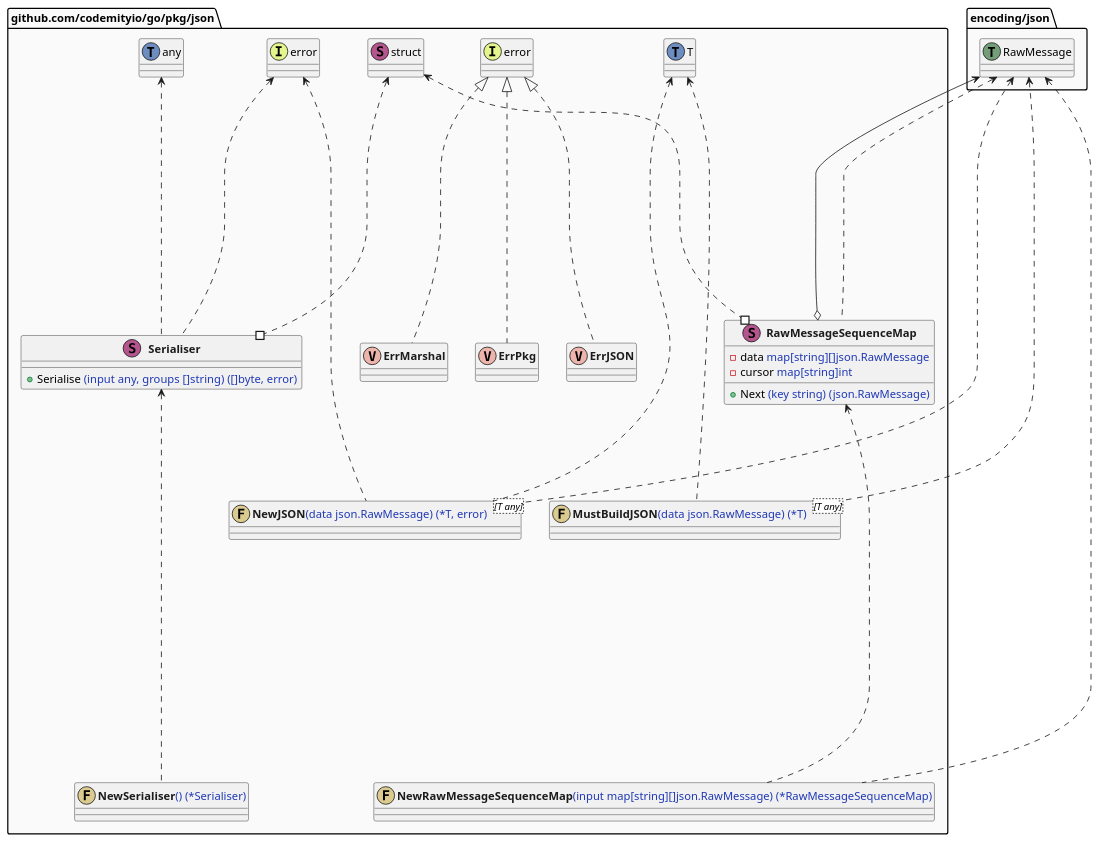
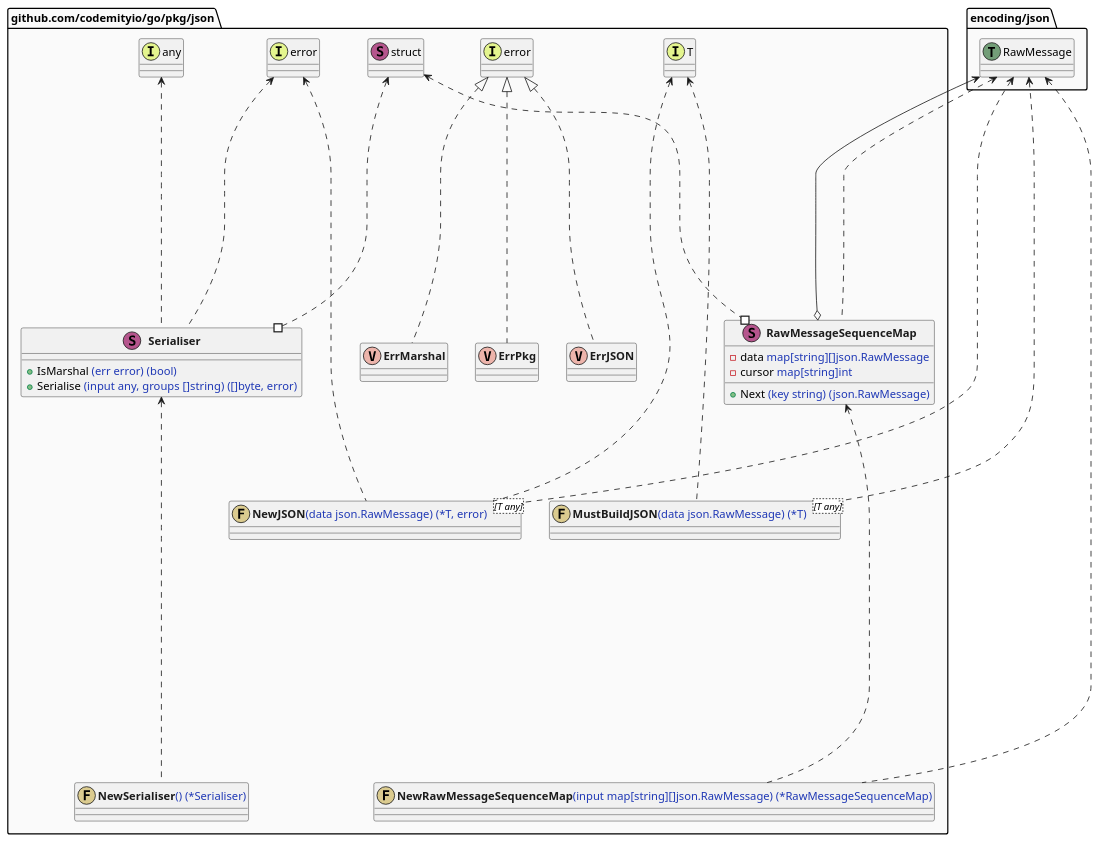
One commit to codemityio/go changed the diagram in pkg/json/graph.puml. Above: the diagram before and after it, drawn with PlantUML. The commit also changed 64 other files, not shown here.

```diff
--- a/pkg/json/graph.puml
+++ b/pkg/json/graph.puml
@@ -1,71 +1,73 @@
 @startuml
 top to bottom direction
 skinparam package {
     BackgroundColor #fafafa
 }
 skinparam defaulttextalignment center
 skinparam noteTextAlignment left
 package "github.com/codemityio/go/pkg/json" as github_com_codemityio_go_pkg_json {
     class "<b><font color=#1c1c1c>RawMessageSequenceMap</font></b>" as github_com_codemityio_go_pkg_json_RawMessageSequenceMap << (S, #b5558d) >> {
         - data <font color=#1f38b5>map[string][]json.RawMessage</font>
         - cursor <font color=#1f38b5>map[string]int</font>
         + Next <font color=#1f38b5>(key string) (json.RawMessage)</font>
     }
     class "<b><font color=#1c1c1c>Serialiser</font></b>" as github_com_codemityio_go_pkg_json_Serialiser << (S, #b5558d) >> {
+        + IsMarshal <font color=#1f38b5>(err error) (bool)</font>
         + Serialise <font color=#1f38b5>(input any, groups []string) ([]byte, error)</font>
     }
     class "<b><font color=#1c1c1c>ErrPkg</font></b>" as github_com_codemityio_go_pkg_json_ErrPkg << (V, #edb4ab) >> {}
     class "<b><font color=#1c1c1c>ErrJSON</font></b>" as github_com_codemityio_go_pkg_json_ErrJSON << (V, #edb4ab) >> {}
     class "<b><font color=#1c1c1c>ErrMarshal</font></b>" as github_com_codemityio_go_pkg_json_ErrMarshal << (V, #edb4ab) >> {}
     class "<b><font color=#1c1c1c>MustBuildJSON</font></b><font color=#1f38b5>(data json.RawMessage) (*T)</font><[T any]>" as github_com_codemityio_go_pkg_json_MustBuildJSON << (F, #dbcb8f) >> {}
     class "<b><font color=#1c1c1c>NewJSON</font></b><font color=#1f38b5>(data json.RawMessage) (*T, error)</font><[T any]>" as github_com_codemityio_go_pkg_json_NewJSON << (F, #dbcb8f) >> {}
     class "<b><font color=#1c1c1c>NewRawMessageSequenceMap</font></b><font color=#1f38b5>(input map[string][]json.RawMessage) (*RawMessageSequenceMap)</font>" as github_com_codemityio_go_pkg_json_NewRawMessageSequenceMap << (F, #dbcb8f) >> {}
     class "<b><font color=#1c1c1c>NewSerialiser</font></b><font color=#1f38b5>() (*Serialiser)</font>" as github_com_codemityio_go_pkg_json_NewSerialiser << (F, #dbcb8f) >> {}
 }
 package "github.com/codemityio/go/pkg/json" as github_com_codemityio_go_pkg_json {
     class "struct" as _struct << (S, #b5558d) >> {}
     package "encoding/json" as .encoding_json {
         class "RawMessage" as encoding_json_RawMessage << (T, #739e78) >> {}
     }
     package "encoding/json" as .encoding_json {
         class "RawMessage" as encoding_json_RawMessage << (T, #739e78) >> {}
     }
     class "struct" as _struct << (S, #b5558d) >> {}
-    class "any" as _any << (T, #6d8cbf) >> {}
+    class "error" as _error << (I, #e4f58e) >> {}
+    class "any" as _any << (I, #e4f58e) >> {}
     class "error" as _error << (I, #e4f58e) >> {}
     class "error" as error << (I, #e4f58e) >> {}
     class "error" as error << (I, #e4f58e) >> {}
     class "error" as error << (I, #e4f58e) >> {}
     package "encoding/json" as .encoding_json {
         class "RawMessage" as encoding_json_RawMessage << (T, #739e78) >> {}
     }
-    class "T" as github_com_codemityio_go_pkg_json_T << (T, #6d8cbf) >> {}
+    class "T" as github_com_codemityio_go_pkg_json_T << (I, #e4f58e) >> {}
     package "encoding/json" as .encoding_json {
         class "RawMessage" as encoding_json_RawMessage << (T, #739e78) >> {}
     }
-    class "T" as github_com_codemityio_go_pkg_json_T << (T, #6d8cbf) >> {}
+    class "T" as github_com_codemityio_go_pkg_json_T << (I, #e4f58e) >> {}
     class "error" as _error << (I, #e4f58e) >> {}
     package "encoding/json" as .encoding_json {
         class "RawMessage" as encoding_json_RawMessage << (T, #739e78) >> {}
     }
 }
 package "github.com/codemityio/go/pkg/json" as github_com_codemityio_go_pkg_json {
     github_com_codemityio_go_pkg_json_RawMessageSequenceMap #...up...> _struct
     github_com_codemityio_go_pkg_json_RawMessageSequenceMap o---up---> encoding_json_RawMessage
     github_com_codemityio_go_pkg_json_RawMessageSequenceMap ...up...> encoding_json_RawMessage
     github_com_codemityio_go_pkg_json_Serialiser #...up...> _struct
+    github_com_codemityio_go_pkg_json_Serialiser ...up...> _error
     github_com_codemityio_go_pkg_json_Serialiser ...up...> _any
-    github_com_codemityio_go_pkg_json_Serialiser ...up...> _error
     github_com_codemityio_go_pkg_json_ErrPkg ...up...|> error
     github_com_codemityio_go_pkg_json_ErrJSON ...up...|> error
     github_com_codemityio_go_pkg_json_ErrMarshal ...up...|> error
     github_com_codemityio_go_pkg_json_MustBuildJSON ....up....> encoding_json_RawMessage
     github_com_codemityio_go_pkg_json_MustBuildJSON ....up....> github_com_codemityio_go_pkg_json_T
     github_com_codemityio_go_pkg_json_NewJSON ....up....> encoding_json_RawMessage
     github_com_codemityio_go_pkg_json_NewJSON ....up....> github_com_codemityio_go_pkg_json_T
     github_com_codemityio_go_pkg_json_NewJSON ....up....> _error
     github_com_codemityio_go_pkg_json_NewRawMessageSequenceMap ....up....> encoding_json_RawMessage
     github_com_codemityio_go_pkg_json_NewRawMessageSequenceMap ....up....> github_com_codemityio_go_pkg_json_RawMessageSequenceMap
     github_com_codemityio_go_pkg_json_NewSerialiser ....up....> github_com_codemityio_go_pkg_json_Serialiser
 }
 @enduml
```
